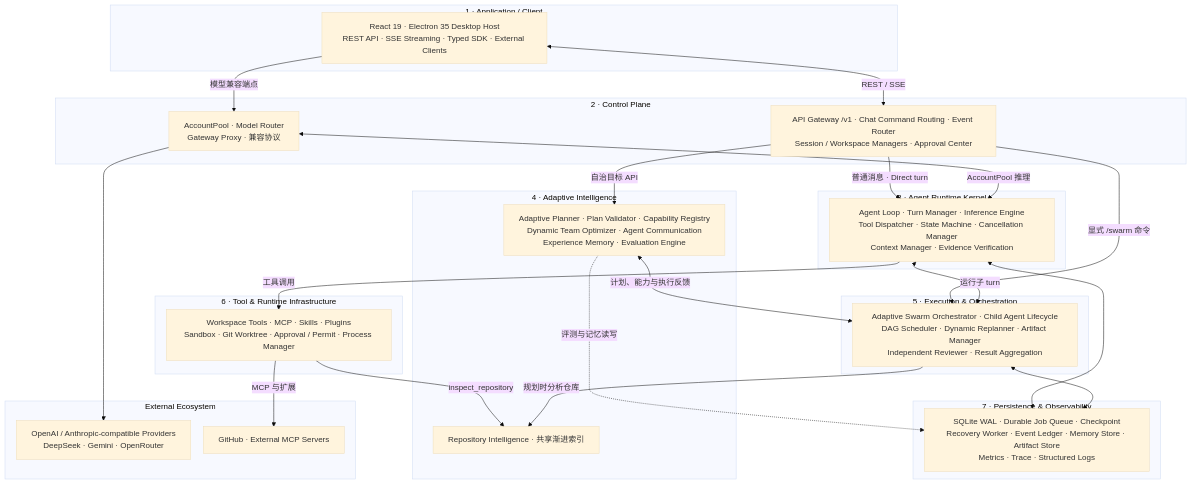
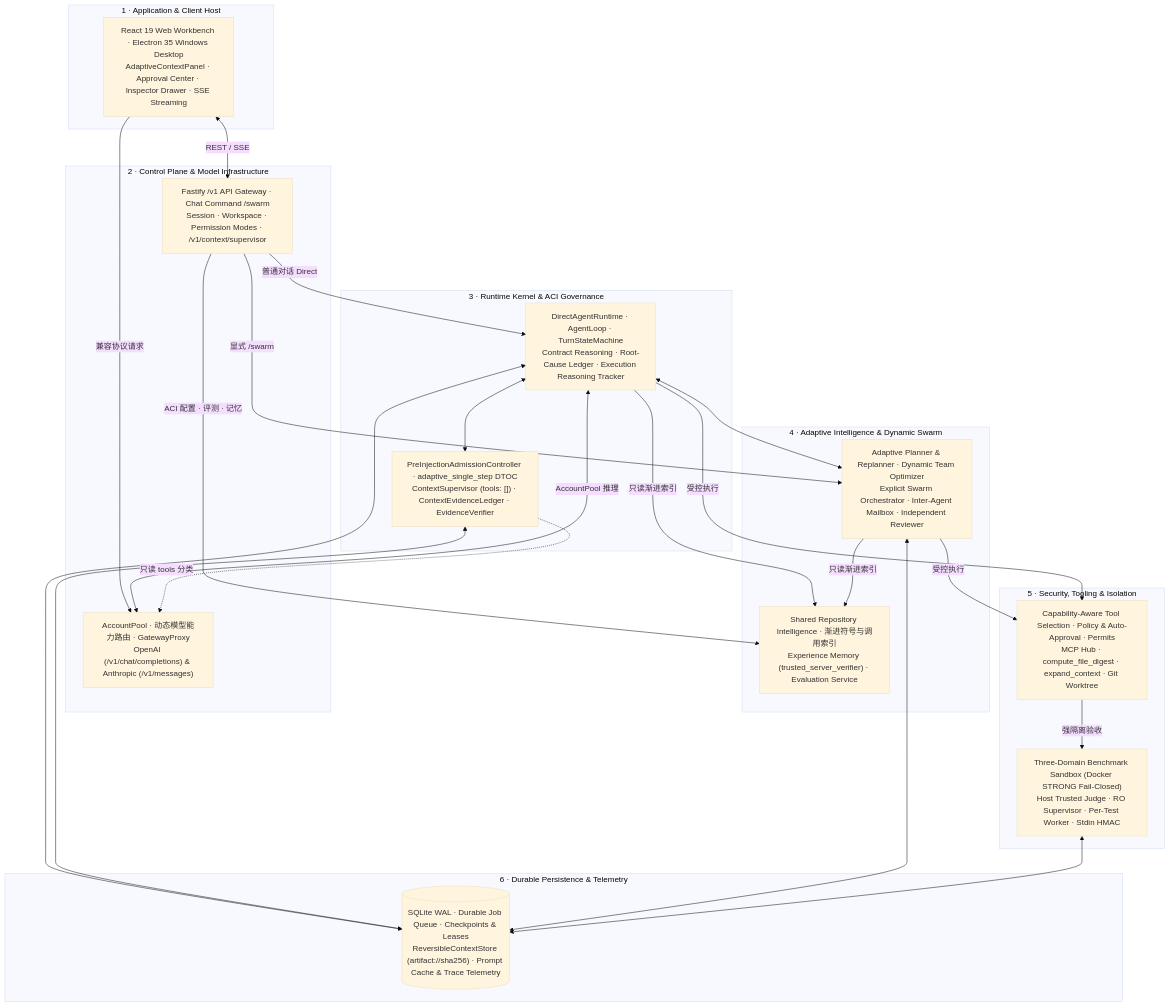
One commit to Eternite-0/Agent_US changed the second of 2 diagrams in README.md. Above: the diagram before and after it, drawn with Mermaid (base theme). The commit also changed other lines of this file, not shown here.

Commit message:
docs: redesign README with Agent_US 2.4 innovations, ACI governance, and verified benchmarks

````diff
--- a/README.md
+++ b/README.md
@@ -60,54 +116,44 @@
 ```mermaid
----
-config:
-  flowchart:
-    wrappingWidth: 390
-    nodeSpacing: 25
-    rankSpacing: 30
----
 flowchart TB
-    subgraph L1["1 · Application / Client"]
-        CLIENT["React 19 · Electron 35 Desktop Host<br/>REST API · SSE Streaming · Typed SDK · External Clients"]
-    end
-    subgraph L2["2 · Control Plane"]
-        API["API Gateway /v1 · Chat Command Routing · Event Router<br/>Session / Workspace Managers · Approval Center"]
-        MODEL["AccountPool · Model Router<br/>Gateway Proxy · 兼容协议"]
-    end
-    subgraph L3["3 · Agent Runtime Kernel"]
-        KERNEL["Agent Loop · Turn Manager · Inference Engine<br/>Tool Dispatcher · State Machine · Cancellation Manager<br/>Context Manager · Evidence Verification"]
-    end
-    subgraph L4["4 · Adaptive Intelligence"]
-        INTEL["Adaptive Planner · Plan Validator · Capability Registry<br/>Dynamic Team Optimizer · Agent Communication<br/>Experience Memory · Evaluation Engine"]
-        INDEX["Repository Intelligence · 共享渐进索引"]
-    end
-    subgraph L5["5 · Execution & Orchestration"]
-        SWARM["Adaptive Swarm Orchestrator · Child Agent Lifecycle<br/>DAG Scheduler · Dynamic Replanner · Artifact Manager<br/>Independent Reviewer · Result Aggregation"]
-    end
-    subgraph L6["6 · Tool & Runtime Infrastructure"]
-        TOOLING["Workspace Tools · MCP · Skills · Plugins<br/>Sandbox · Git Worktree · Approval / Permit · Process Manager"]
-    end
-    subgraph L7["7 · Persistence & Observability"]
-        DURABLE["SQLite WAL · Durable Job Queue · Checkpoint<br/>Recovery Worker · Event Ledger · Memory Store · Artifact Store<br/>Metrics · Trace · Structured Logs"]
-    end
-    subgraph EXT["External Ecosystem"]
-        PROVIDERS["OpenAI / Anthropic-compatible Providers<br/>DeepSeek · Gemini · OpenRouter"]
-        INTEGRATIONS["GitHub · External MCP Servers"]
+    subgraph L1["1 · Application & Client Host"]
+        CLIENT["React 19 Web Workbench · Electron 35 Windows Desktop\nAdaptiveContextPanel · Approval Center · Inspector Drawer · SSE Streaming"]
     end
 
-    CLIENT <-->|REST / SSE| API
-    CLIENT -->|模型兼容端点| MODEL
-    API -->|普通消息 · Direct turn| KERNEL
-    API -->|显式 /swarm 命令| SWARM
-    API -->|自治目标 API| INTEL
-    MODEL <-->|AccountPool 推理| KERNEL
-    MODEL --> PROVIDERS
-    INTEL <-->|计划、能力与执行反馈| SWARM
-    KERNEL <-->|运行子 turn| SWARM
-    KERNEL -->|工具调用| TOOLING
-    TOOLING -->|inspect_repository| INDEX
-    SWARM -->|规划时分析仓库| INDEX
-    TOOLING -->|MCP 与扩展| INTEGRATIONS
-    KERNEL <--> DURABLE
-    SWARM <--> DURABLE
-    INTEL -.评测与记忆读写.-> DURABLE
+    subgraph L2["2 · Control Plane & Model Infrastructure"]
+        API["Fastify /v1 API Gateway · Chat Command /swarm\nSession · Workspace · Permission Modes · /v1/context/supervisor"]
+        POOL["AccountPool · 动态模型能力路由 · GatewayProxy\nOpenAI (/v1/chat/completions) & Anthropic (/v1/messages)"]
+    end
+
+    subgraph L3["3 · Runtime Kernel & ACI Governance"]
+        KERNEL["DirectAgentRuntime · AgentLoop · TurnStateMachine\nContract Reasoning · Root-Cause Ledger · Execution Reasoning Tracker"]
+        ACI["PreInjectionAdmissionController · adaptive_single_step DTOC\nContextSupervisor (tools: []) · ContextEvidenceLedger · EvidenceVerifier"]
+    end
+
+    subgraph L4["4 · Adaptive Intelligence & Dynamic Swarm"]
+        SWARM["Adaptive Planner & Replanner · Dynamic Team Optimizer\nExplicit Swarm Orchestrator · Inter-Agent Mailbox · Independent Reviewer"]
+        SHARED["Shared Repository Intelligence · 渐进符号与调用索引\nExperience Memory (trusted_server_verifier) · Evaluation Service"]
+    end
+
+    subgraph L5["5 · Security, Tooling & Isolation"]
+        TOOLING["Capability-Aware Tool Selection · Policy & Auto-Approval · Permits\nMCP Hub · compute_file_digest · expand_context · Git Worktree"]
+        SANDBOX["Three-Domain Benchmark Sandbox (Docker STRONG Fail-Closed)\nHost Trusted Judge · RO Supervisor · Per-Test Worker · Stdin HMAC"]
+    end
+
+    subgraph L6["6 · Durable Persistence & Telemetry"]
+        STORE[("SQLite WAL · Durable Job Queue · Checkpoints & Leases\nReversibleContextStore (artifact://sha256) · Prompt Cache & Trace Telemetry")]
+    end
+
+    CLIENT <-->|"REST / SSE"| API
+    CLIENT -->|"兼容协议请求"| POOL
+    API -->|"普通对话 Direct"| KERNEL
+    API -->|"显式 /swarm"| SWARM
+    API -->|"ACI 配置 · 评测 · 记忆"| SHARED
+    KERNEL <--> ACI
+    KERNEL <-->|"AccountPool 推理"| POOL
+    ACI -.->|"只读 tools 分类"| POOL
+    KERNEL <--> SWARM
+    KERNEL & SWARM -->|"只读渐进索引"| SHARED
+    KERNEL & SWARM -->|"受控执行"| TOOLING
+    TOOLING -->|"强隔离验收"| SANDBOX
+    KERNEL & ACI & SWARM & SANDBOX <--> STORE
 ```
````
